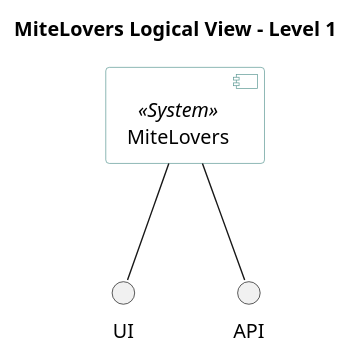
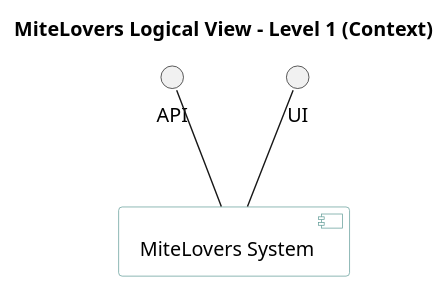
Before and after one commit to AndrePereiraGitH/SWitCH-Project-Team_A: the diagram in SprintReview/Sprint-7/LogicalViewLevel1.puml, drawn with PlantUML. The commit also changed 1 other file, not shown here.

Commit message:
refactor #1044: refactor logical views level 1 & 2

```diff
--- a/SprintReview/Sprint-7/LogicalViewLevel1.puml
+++ b/SprintReview/Sprint-7/LogicalViewLevel1.puml
@@ -1,20 +1,22 @@
 @startuml MiteLovers_Logical_View_L1
 
-title MiteLovers Logical View - Level 1
+title MiteLovers Logical View - Level 1 (Context)
 
-skinparam componentStyle uml2
 skinparam backgroundColor transparent
 skinparam component {
   BackgroundColor #FFFFFF
   BorderColor #5F9B96
 }
 
-component "MiteLovers" as System <<System>>
 
 interface "UI" as UI
 interface "API" as API
 
-System -- UI
-System -- API
+
+component "MiteLovers System" as MiteLoversSystem
+
+MiteLoversSystem -up- UI
+MiteLoversSystem -up- API
+
 
 @enduml
```
